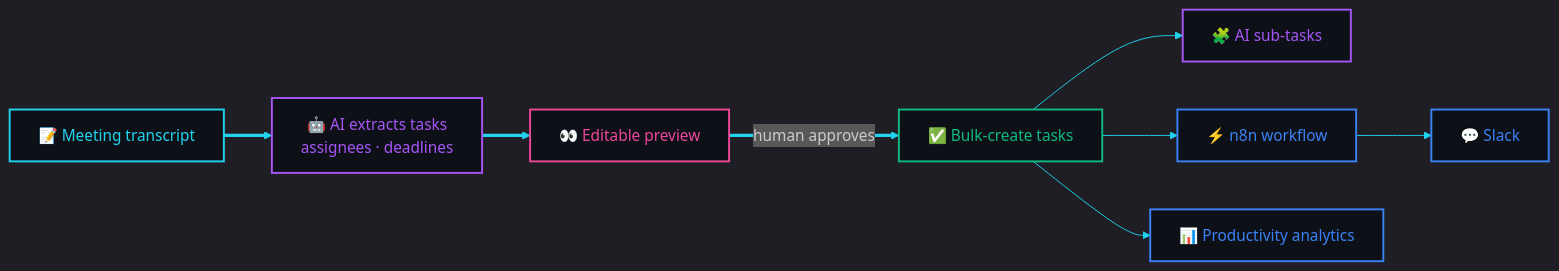
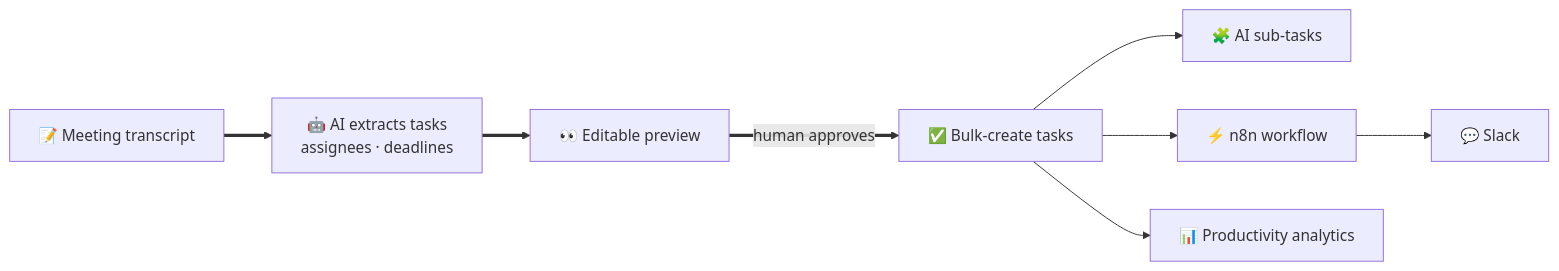
The diagram in README.md (bttu2002/bttu2002), drawn with Mermaid before and after one commit. The commit also changed other lines of this file, not shown here.

````diff
--- a/README.md
+++ b/README.md
@@ -157,22 +175,10 @@
 ```mermaid
-%%{init: {'theme':'dark', 'themeVariables': {'lineColor':'#22D3EE','fontFamily':'monospace'}}}%%
 flowchart LR
     A["📝 Meeting transcript"] ==> B["🤖 AI extracts tasks<br/>assignees · deadlines"]
     B ==> C["👀 Editable preview"]
     C ==>|"human approves"| D["✅ Bulk-create tasks"]
     D --> E["🧩 AI sub-tasks"]
     D --> F["⚡ n8n workflow"]
     F --> G["💬 Slack"]
     D --> H["📊 Productivity analytics"]
-
-    classDef cyan fill:#0D1117,stroke:#22D3EE,stroke-width:2px,color:#22D3EE
-    classDef violet fill:#0D1117,stroke:#A855F7,stroke-width:2px,color:#A855F7
-    classDef pink fill:#0D1117,stroke:#EC4899,stroke-width:2px,color:#EC4899
-    classDef green fill:#0D1117,stroke:#10B981,stroke-width:2px,color:#10B981
-    classDef blue fill:#0D1117,stroke:#3B82F6,stroke-width:2px,color:#3B82F6
-    class A cyan
-    class B,E violet
-    class C pink
-    class D green
-    class F,G,H blue
 ```
````
